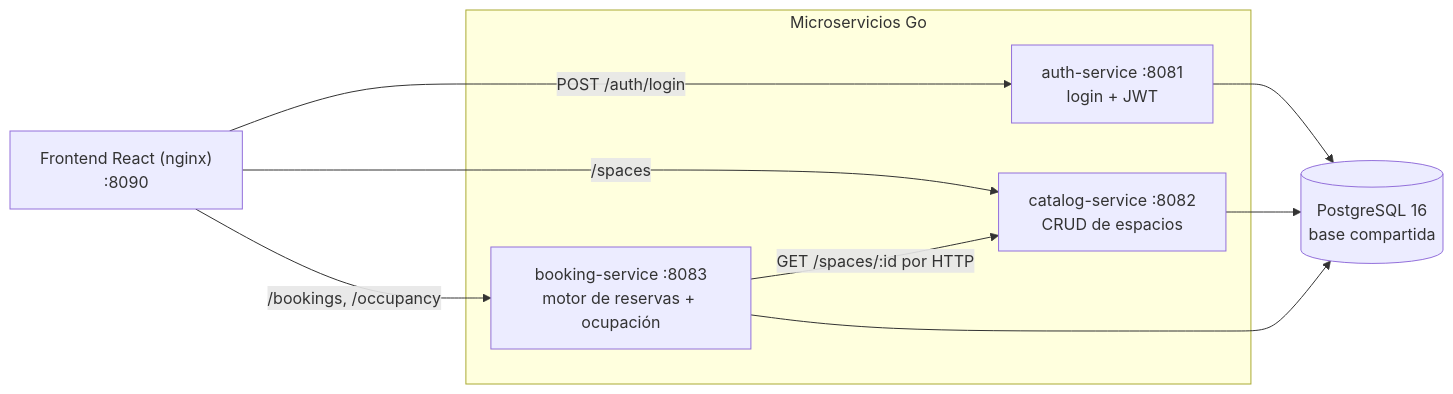
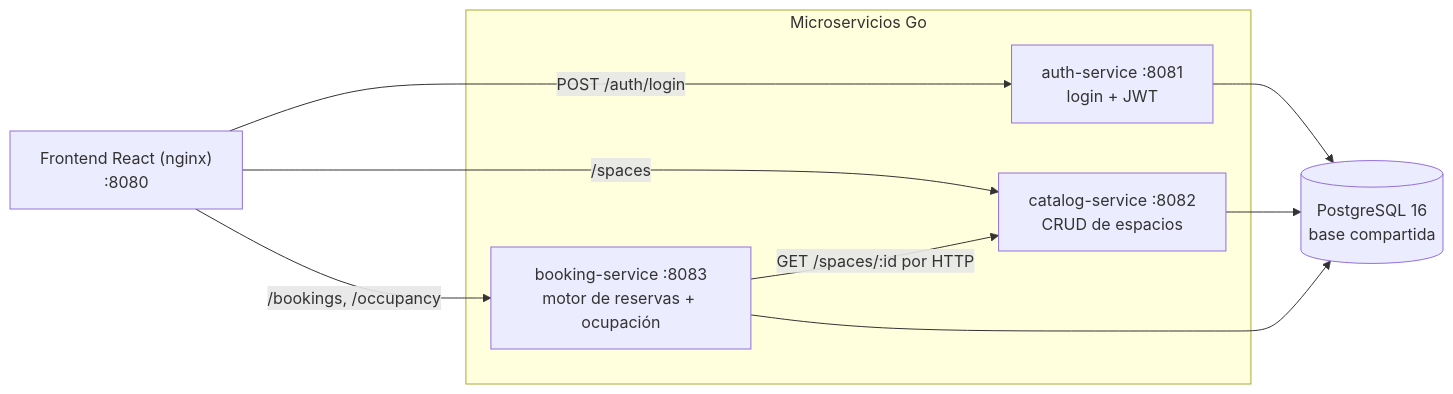
Before and after one commit to eigarciaortega/IBMHackathon2026: the diagram in README.md, drawn with Mermaid. The commit also changed other lines of this file, not shown here.

````diff
--- a/README.md
+++ b/README.md
@@ -47,20 +47,20 @@
 ```mermaid
 flowchart LR
-    FE["Frontend React (nginx)<br/>:8090"]
+    FE["Frontend React (nginx)<br/>:8080"]
 
     subgraph Servicios["Microservicios Go"]
         AUTH["auth-service :8081<br/>login + JWT"]
         CAT["catalog-service :8082<br/>CRUD de espacios"]
         BOOK["booking-service :8083<br/>motor de reservas + ocupación"]
     end
 
     DB[("PostgreSQL 16<br/>base compartida")]
 
     FE -->|POST /auth/login| AUTH
     FE -->|/spaces| CAT
     FE -->|/bookings, /occupancy| BOOK
     BOOK -->|GET /spaces/:id por HTTP| CAT
     AUTH --> DB
     CAT --> DB
     BOOK --> DB
 ```
````
